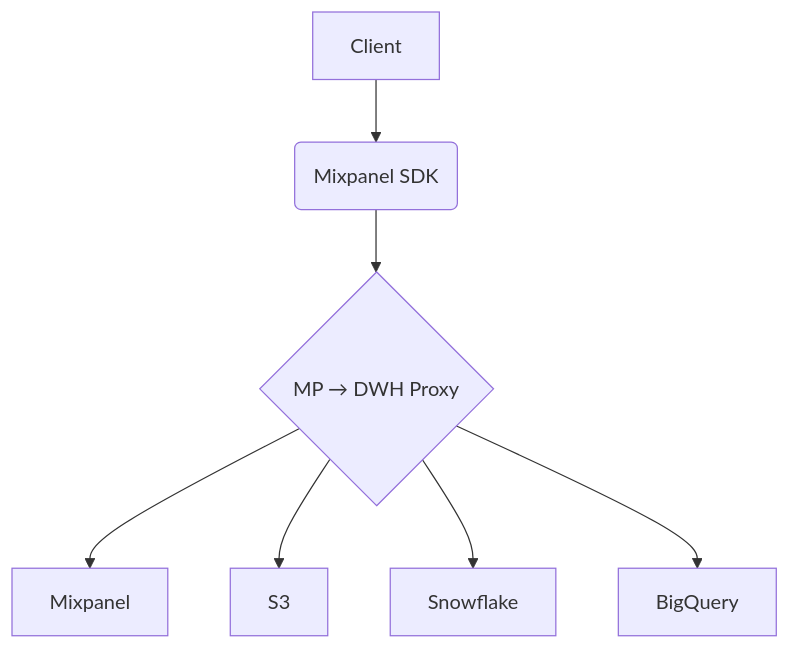
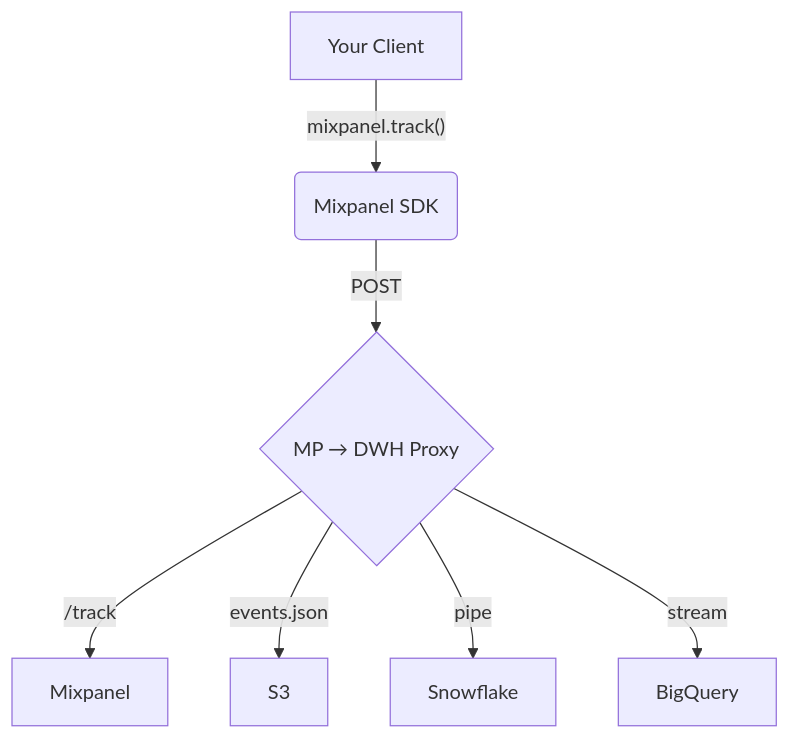
The diagram in README.md (ak--47/mixpanel-dwh-proxy), drawn with Mermaid before and after one commit. The commit also changed other lines of this file, not shown here.

````diff
--- a/README.md
+++ b/README.md
@@ -6,9 +6,9 @@
 ```mermaid
 flowchart TD
-    A[Client] -->B(Mixpanel SDK)
-    B --> C{MP → DWH Proxy}
-    C -->D[Mixpanel]
-    C -->E[S3]
-    C -->F[Snowflake]
-    C -->G[BigQuery]
+    A[Your Client] --> |"mixpanel.track()"| B(Mixpanel SDK)
+    B --> |  POST | C{MP → DWH Proxy}
+    C -->|/track | D[Mixpanel]
+    C -->|events.json |E[S3]
+    C -->| pipe |F[Snowflake]
+    C -->| stream |G[BigQuery]
 ```
````
